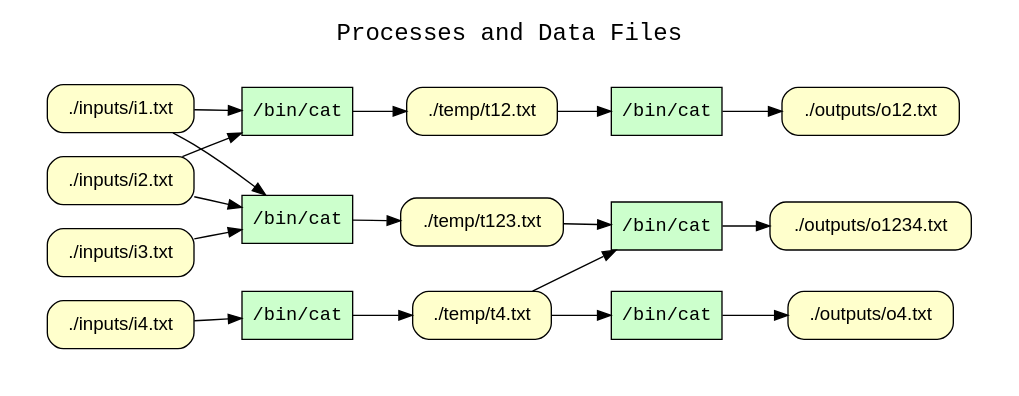
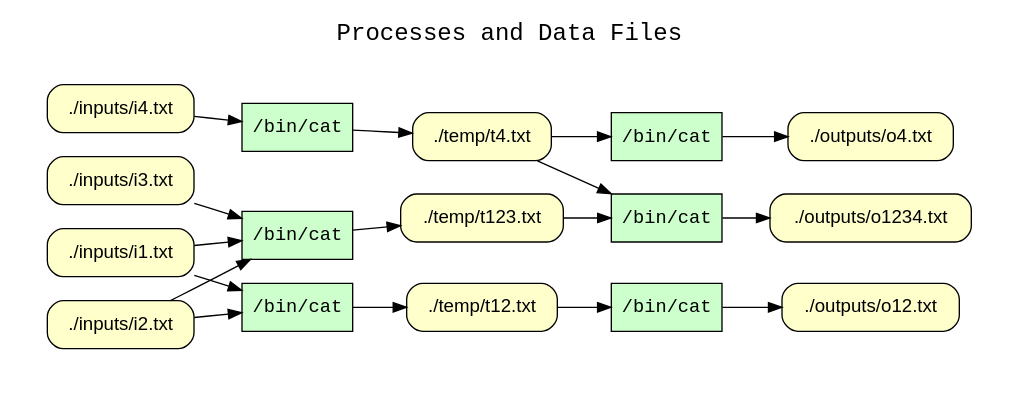
Before and after one commit to CIRSS/cpr: the diagram in examples/08-branched-pipeline/graphs.d/wt_processes_and_data_files.dot, drawn with Graphviz. The commit also changed other lines of this file and 45 other files, not shown here.

```diff
--- a/examples/08-branched-pipeline/graphs.d/wt_processes_and_data_files.dot
+++ b/examples/08-branched-pipeline/graphs.d/wt_processes_and_data_files.dot
@@ -1,43 +1,43 @@
 
 digraph wt_run {
 rankdir=LR
 fontname=Courier; fontsize=18; labelloc=t
 label="Processes and Data Files"
 subgraph cluster_inputs { label=""; color=white; penwidth=0
 subgraph cluster_inputs_inner { label=""; color=white
 node[shape=box style="filled" fillcolor="#CCFFCC" peripheries=1 fontname=Courier]
 "exe:e7" [label="/bin/cat"]
 "exe:e6" [label="/bin/cat"]
 "exe:e5" [label="/bin/cat"]
 "exe:e4" [label="/bin/cat"]
 "exe:e3" [label="/bin/cat"]
 "exe:e2" [label="/bin/cat"]
 node[shape=box style="rounded,filled" fillcolor="#FFFFCC" peripheries=1 fontname=Helvetica]
-"access:i28" [label="./outputs/o1234.txt"]
+"access:i26" [label="./inputs/i4.txt"]
+"access:i11" [label="./temp/t12.txt"]
+"access:i27" [label="./outputs/o12.txt"]
+"access:i21" [label="./inputs/i1.txt"]
+"access:i24" [label="./inputs/i3.txt"]
+"access:i29" [label="./outputs/o4.txt"]
 "access:i22" [label="./inputs/i2.txt"]
 "access:i25" [label="./temp/t4.txt"]
 "access:i23" [label="./temp/t123.txt"]
-"access:i27" [label="./outputs/o12.txt"]
-"access:i29" [label="./outputs/o4.txt"]
-"access:i26" [label="./inputs/i4.txt"]
-"access:i11" [label="./temp/t12.txt"]
-"access:i21" [label="./inputs/i1.txt"]
-"access:i24" [label="./inputs/i3.txt"]
+"access:i28" [label="./outputs/o1234.txt"]
 "exe:e7" -> "access:i29"
 "exe:e6" -> "access:i28"
 "exe:e5" -> "access:i27"
 "exe:e4" -> "access:i25"
 "exe:e3" -> "access:i23"
 "exe:e2" -> "access:i11"
 "access:i25" -> "exe:e7"
 "access:i23" -> "exe:e6"
 "access:i25" -> "exe:e6"
 "access:i11" -> "exe:e5"
 "access:i26" -> "exe:e4"
 "access:i21" -> "exe:e3"
 "access:i22" -> "exe:e3"
 "access:i24" -> "exe:e3"
 "access:i21" -> "exe:e2"
 "access:i22" -> "exe:e2"
 }}
 }
```
